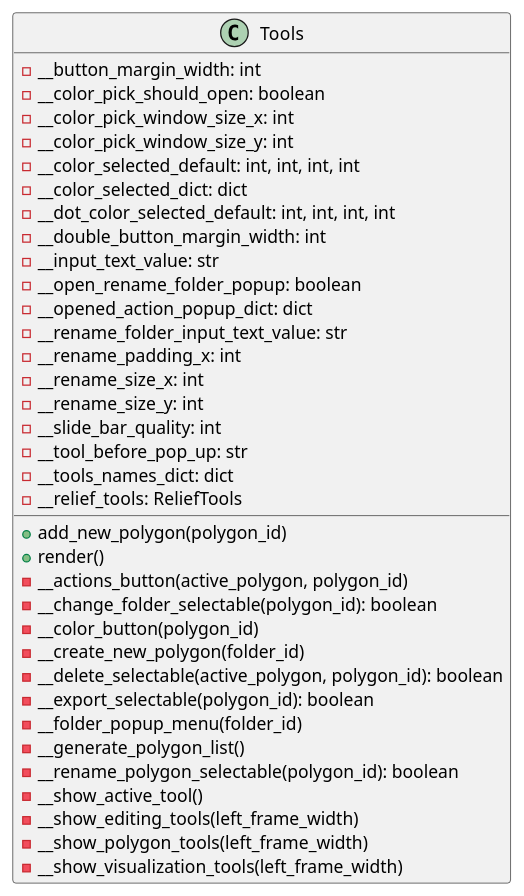
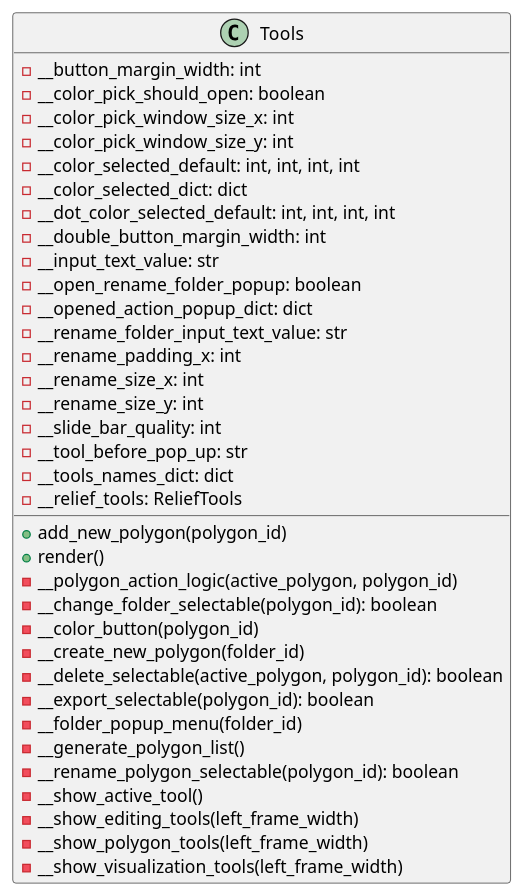
The diagram in docs/classes/Tools.puml (ferpoble2/Relief_Creator), drawn with PlantUML before and after one commit. The commit also changed 1 other file, not shown here.

Commit message:
Changed button actions for a second click

```diff
--- a/docs/classes/Tools.puml
+++ b/docs/classes/Tools.puml
@@ -1,40 +1,40 @@
 @startuml
 class Tools {
     - __button_margin_width: int
     - __color_pick_should_open: boolean
     - __color_pick_window_size_x: int
     - __color_pick_window_size_y: int
     - __color_selected_default: int, int, int, int
     - __color_selected_dict: dict
     - __dot_color_selected_default: int, int, int, int
     - __double_button_margin_width: int
     - __input_text_value: str
     - __open_rename_folder_popup: boolean
     - __opened_action_popup_dict: dict
     - __rename_folder_input_text_value: str
     - __rename_padding_x: int
     - __rename_size_x: int
     - __rename_size_y: int
     - __slide_bar_quality: int
     - __tool_before_pop_up: str
     - __tools_names_dict: dict
     - __relief_tools: ReliefTools
 
     + add_new_polygon(polygon_id)
     + render()
-    - __actions_button(active_polygon, polygon_id)
+    - __polygon_action_logic(active_polygon, polygon_id)
     - __change_folder_selectable(polygon_id): boolean
     - __color_button(polygon_id)
     - __create_new_polygon(folder_id)
     - __delete_selectable(active_polygon, polygon_id): boolean
     - __export_selectable(polygon_id): boolean
     - __folder_popup_menu(folder_id)
     - __generate_polygon_list()
     - __rename_polygon_selectable(polygon_id): boolean
     - __show_active_tool()
     - __show_editing_tools(left_frame_width)
     - __show_polygon_tools(left_frame_width)
     - __show_visualization_tools(left_frame_width)
 }
 
 @enduml
```
